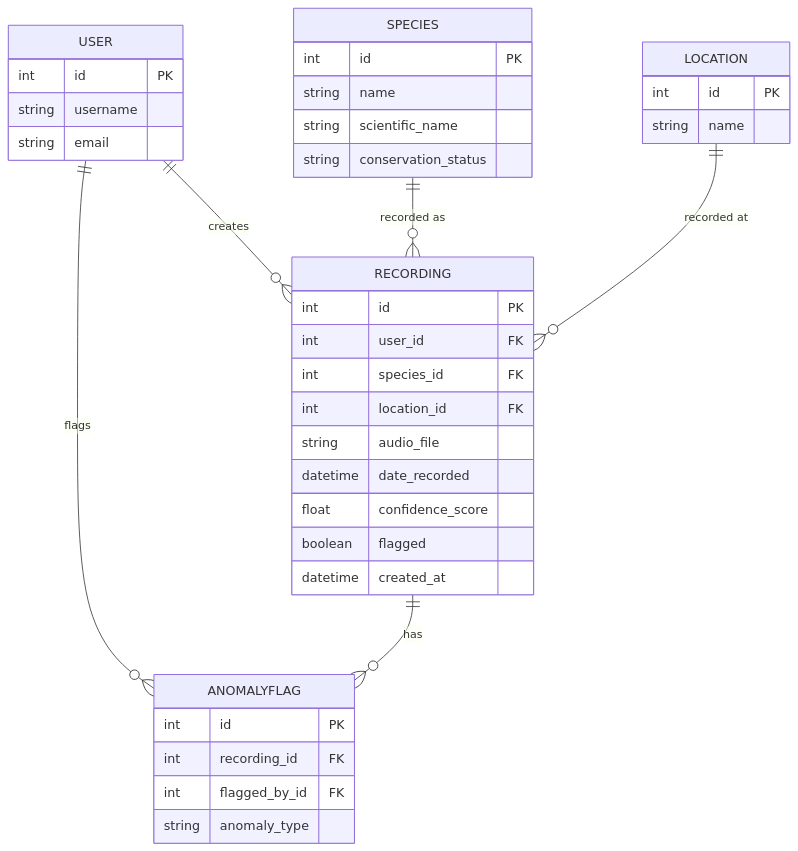
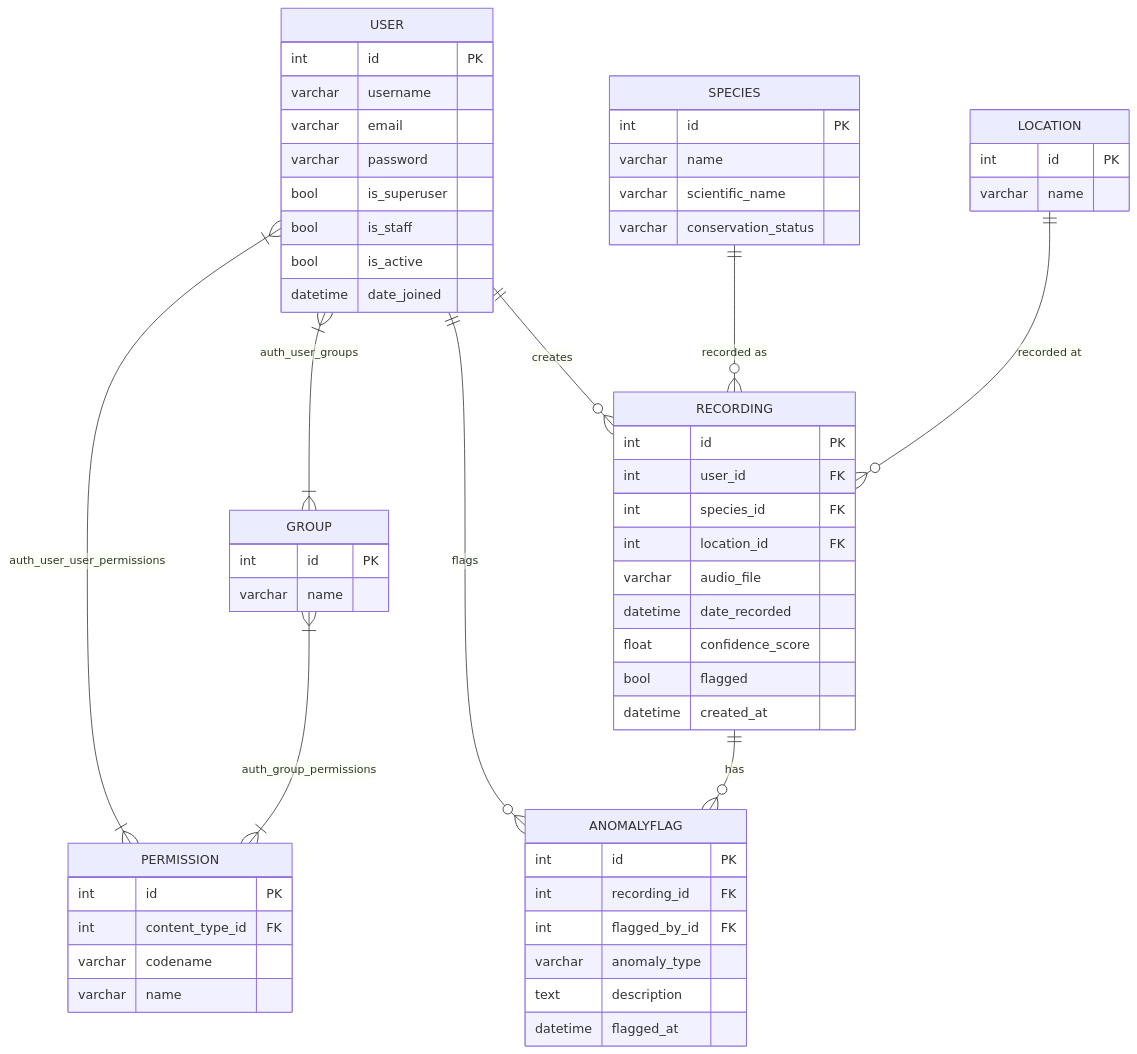
One commit to sArcane/Group6-HIT237-Repository changed the diagram in ERD.md. Above: the diagram before and after it, drawn with Mermaid. The commit also changed other lines of this file and 1 other file, not shown here.

Commit message:
Update class diagram and ERD to reflect service layer, authorization, and exception hierarchy

````diff
--- a/ERD.md
+++ b/ERD.md
@@ -3,45 +5,73 @@
 ```mermaid
 erDiagram
-    USER ||--o{ RECORDING : creates
-    USER ||--o{ ANOMALYFLAG : flags
-    SPECIES ||--o{ RECORDING : "recorded as"
-    LOCATION ||--o{ RECORDING : "recorded at"
-    RECORDING ||--o{ ANOMALYFLAG : has
 
+    %% ── DJANGO AUTH ─────────────────────────────────────────────────────────
+    USER {
+        int id PK
+        varchar username
+        varchar email
+        varchar password
+        bool is_superuser
+        bool is_staff
+        bool is_active
+        datetime date_joined
+    }
+
+    GROUP {
+        int id PK
+        varchar name
+    }
+
+    PERMISSION {
+        int id PK
+        int content_type_id FK
+        varchar codename
+        varchar name
+    }
+
+    %% ── APPLICATION TABLES ──────────────────────────────────────────────────
     SPECIES {
         int id PK
-        string name
-        string scientific_name
-        string conservation_status
+        varchar name
+        varchar scientific_name
+        varchar conservation_status
     }
 
     LOCATION {
         int id PK
-        string name
+        varchar name
     }
 
     RECORDING {
         int id PK
         int user_id FK
         int species_id FK
         int location_id FK
-        string audio_file
+        varchar audio_file
         datetime date_recorded
         float confidence_score
-        boolean flagged
+        bool flagged
         datetime created_at
     }
 
     ANOMALYFLAG {
         int id PK
         int recording_id FK
         int flagged_by_id FK
-        string anomaly_type
+        varchar anomaly_type
+        text description
+        datetime flagged_at
     }
 
-    USER {
-        int id PK
-        string username
-        string email
-    }
+    %% ── DJANGO AUTH RELATIONSHIPS ────────────────────────────────────────────
+    USER }|--|{ GROUP        : "auth_user_groups"
+    USER }|--|{ PERMISSION   : "auth_user_user_permissions"
+    GROUP }|--|{ PERMISSION  : "auth_group_permissions"
+
+    %% ── APPLICATION RELATIONSHIPS ────────────────────────────────────────────
+    USER     ||--o{ RECORDING   : "creates"
+    USER     ||--o{ ANOMALYFLAG : "flags"
+    SPECIES  ||--o{ RECORDING   : "recorded as"
+    LOCATION ||--o{ RECORDING   : "recorded at"
+    RECORDING ||--o{ ANOMALYFLAG : "has"
 ```
````
